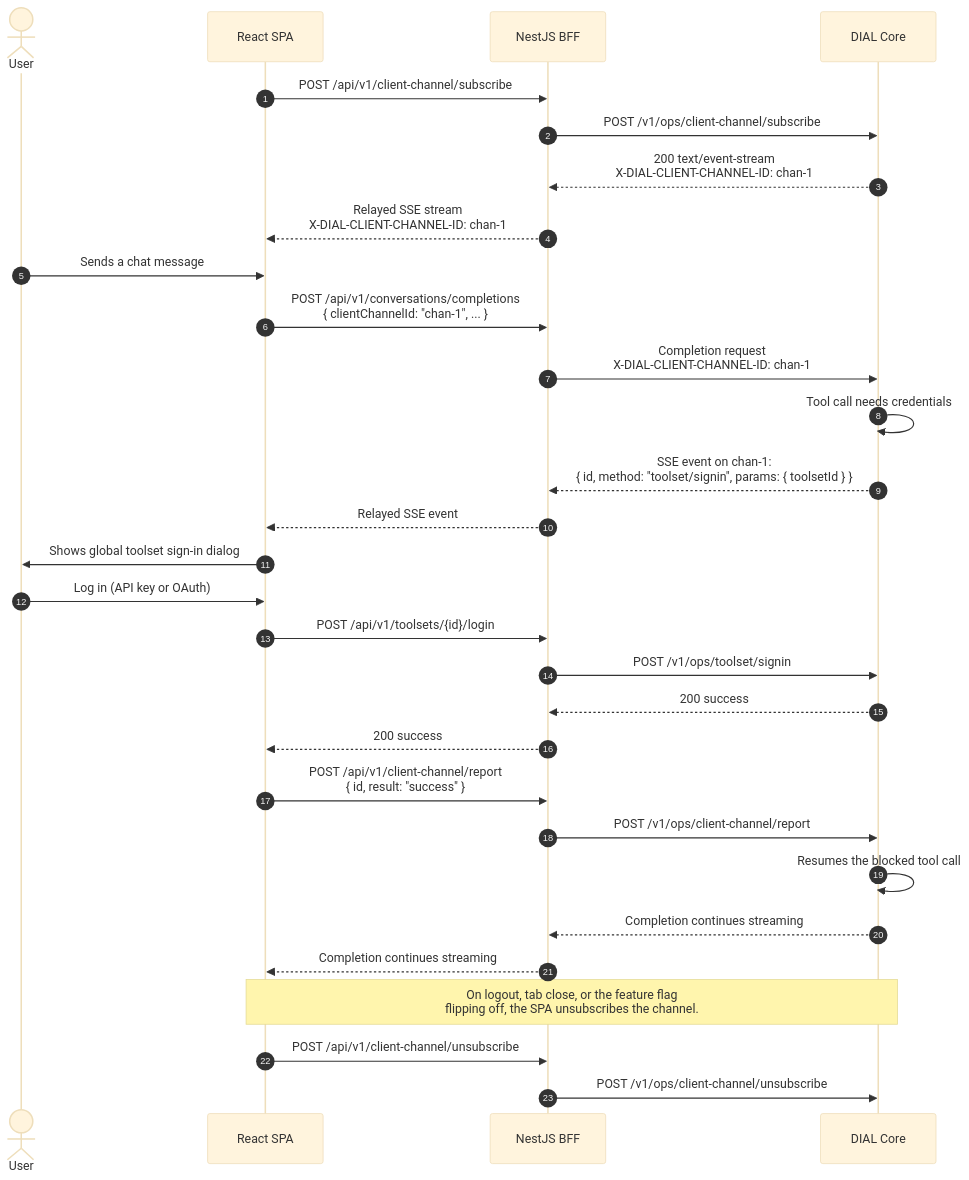
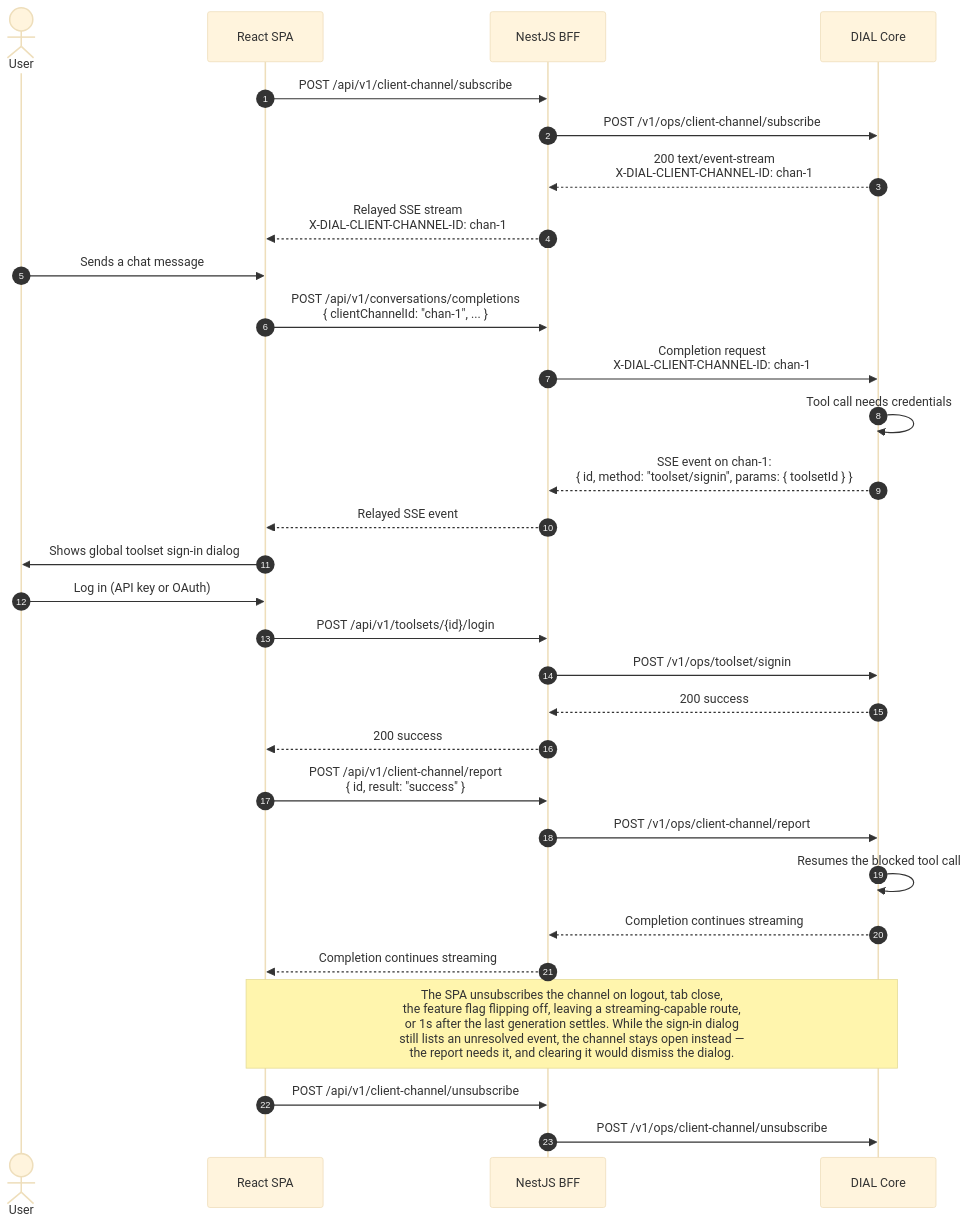
One commit to epam/ai-dial-chat changed the diagram in docs/auth/auth-diagrams/08-toolset-signin-interrupt.mmd. Above: the diagram before and after it, drawn with Mermaid (base theme). The commit also changed 9 other files, not shown here.

```diff
--- a/docs/auth/auth-diagrams/08-toolset-signin-interrupt.mmd
+++ b/docs/auth/auth-diagrams/08-toolset-signin-interrupt.mmd
@@ -1,41 +1,41 @@
 %% Interactive toolset sign-in during a chat completion.
 %% Separate from the OIDC login flow above (03-login-flow.mmd) — this is
 %% DIAL Core asking the already-authenticated user to (re)supply toolset
 %% credentials mid-completion via the client-channel RPC mechanism.
 
 sequenceDiagram
     autonumber
     actor U as User
     participant SPA as React SPA
     participant BFF as NestJS BFF
     participant CORE as DIAL Core
 
     SPA->>BFF: POST /api/v1/client-channel/subscribe
     BFF->>CORE: POST /v1/ops/client-channel/subscribe
     CORE-->>BFF: 200 text/event-stream<br/>X-DIAL-CLIENT-CHANNEL-ID: chan-1
     BFF-->>SPA: Relayed SSE stream<br/>X-DIAL-CLIENT-CHANNEL-ID: chan-1
 
     U->>SPA: Sends a chat message
     SPA->>BFF: POST /api/v1/conversations/completions<br/>{ clientChannelId: "chan-1", ... }
     BFF->>CORE: Completion request<br/>X-DIAL-CLIENT-CHANNEL-ID: chan-1
 
     CORE->>CORE: Tool call needs credentials
     CORE-->>BFF: SSE event on chan-1:<br/>{ id, method: "toolset/signin", params: { toolsetId } }
     BFF-->>SPA: Relayed SSE event
 
     SPA->>U: Shows global toolset sign-in dialog
     U->>SPA: Log in (API key or OAuth)
     SPA->>BFF: POST /api/v1/toolsets/{id}/login
     BFF->>CORE: POST /v1/ops/toolset/signin
     CORE-->>BFF: 200 success
     BFF-->>SPA: 200 success
 
     SPA->>BFF: POST /api/v1/client-channel/report<br/>{ id, result: "success" }
     BFF->>CORE: POST /v1/ops/client-channel/report
     CORE->>CORE: Resumes the blocked tool call
     CORE-->>BFF: Completion continues streaming
     BFF-->>SPA: Completion continues streaming
 
-    Note over SPA,CORE: On logout, tab close, or the feature flag<br/>flipping off, the SPA unsubscribes the channel.
+    Note over SPA,CORE: The SPA unsubscribes the channel on logout, tab close,<br/>the feature flag flipping off, leaving a streaming-capable route,<br/>or 1s after the last generation settles. While the sign-in dialog<br/>still lists an unresolved event, the channel stays open instead —<br/>the report needs it, and clearing it would dismiss the dialog.
     SPA->>BFF: POST /api/v1/client-channel/unsubscribe
     BFF->>CORE: POST /v1/ops/client-channel/unsubscribe
```
